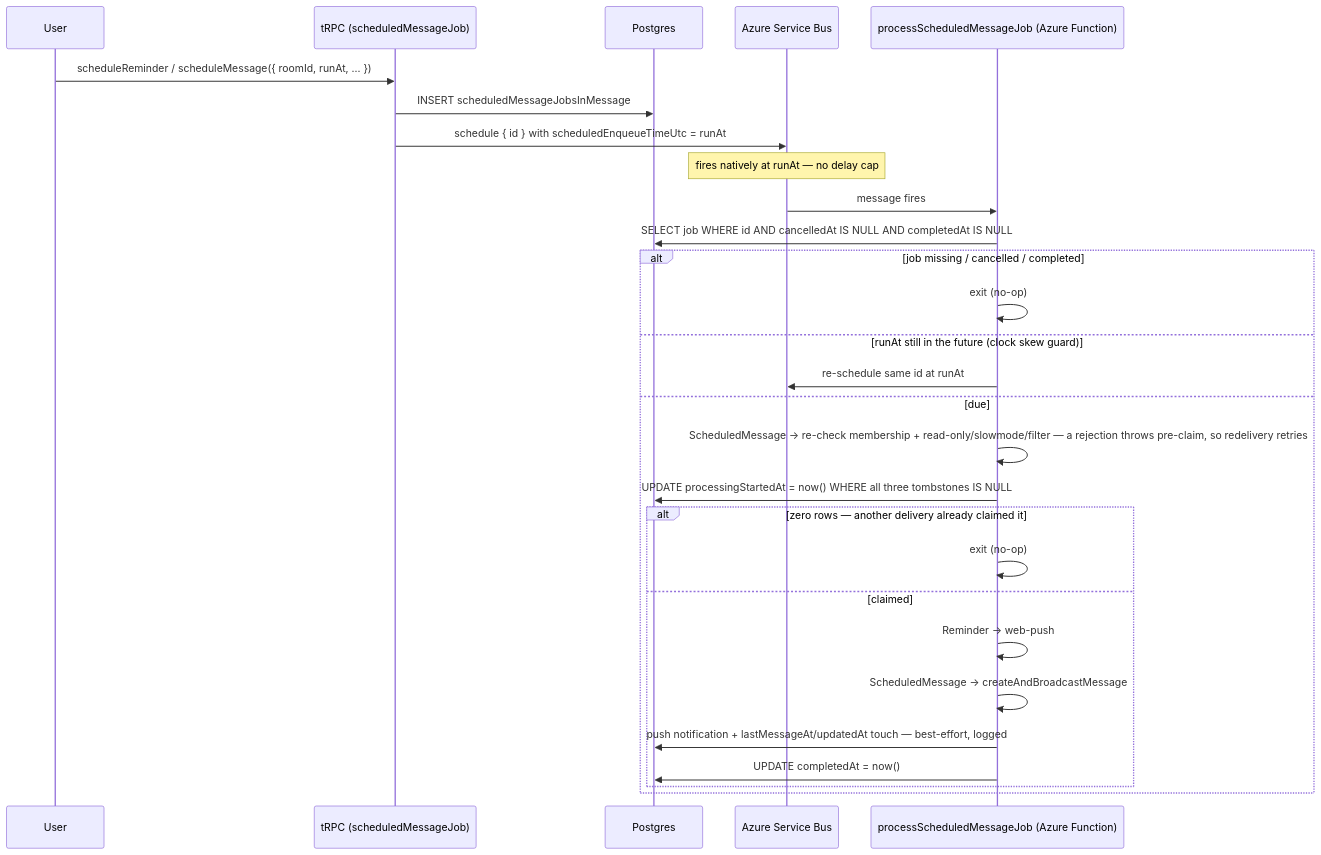
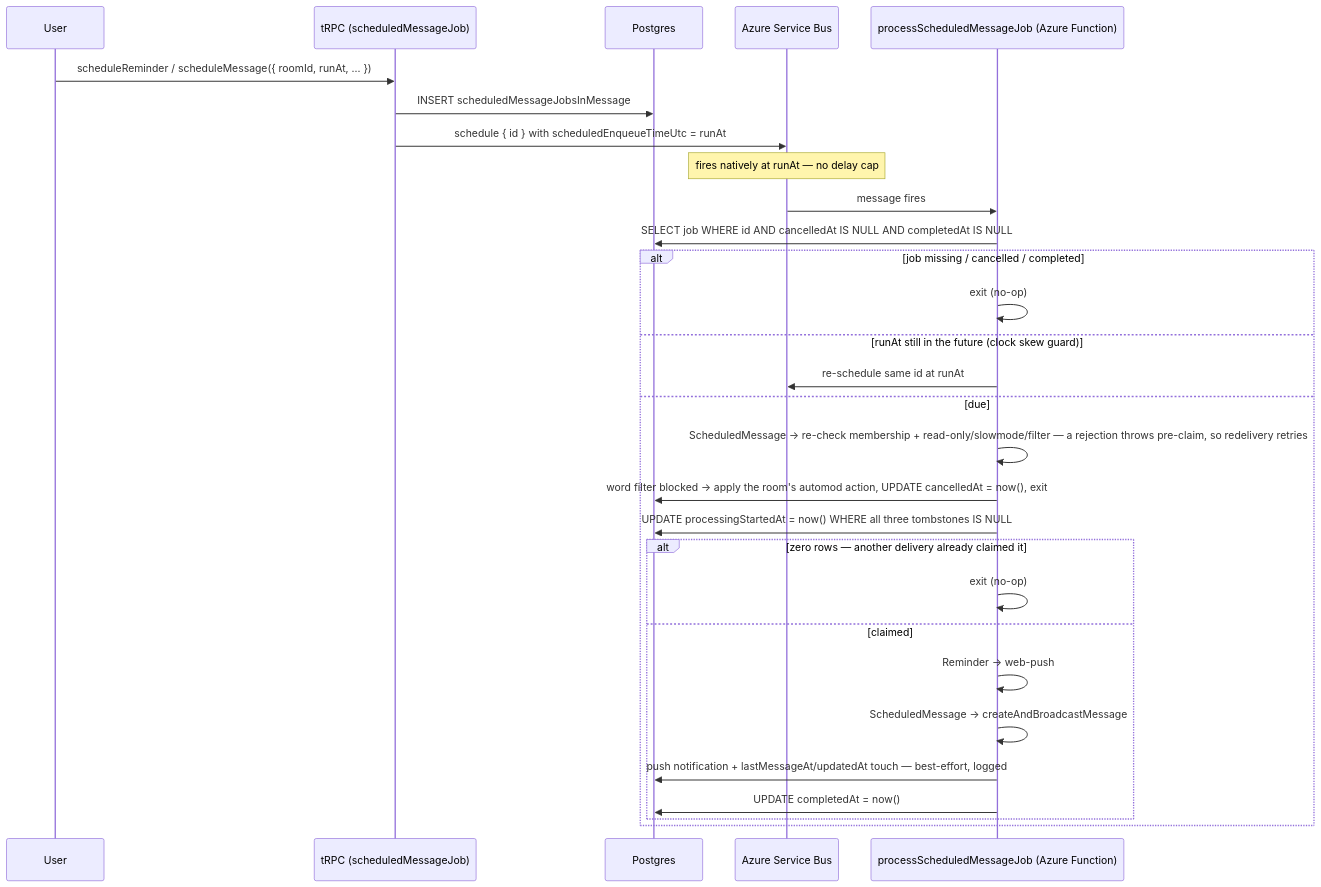
One commit to Esposter/Esposter changed the diagram in packages/app/content/docs/esbabbler/scheduled-messages.md. Above: the diagram before and after it, drawn with Mermaid. The commit also changed other lines of this file and 33 other files, not shown here.

````diff
--- a/packages/app/content/docs/esbabbler/scheduled-messages.md
+++ b/packages/app/content/docs/esbabbler/scheduled-messages.md
@@ -12,32 +12,33 @@
 ```mermaid
 sequenceDiagram
     participant U as User
     participant T as tRPC (scheduledMessageJob)
     participant DB as Postgres
     participant Q as Azure Service Bus
     participant F as processScheduledMessageJob (Azure Function)
 
     U->>T: scheduleReminder / scheduleMessage({ roomId, runAt, … })
     T->>DB: INSERT scheduledMessageJobsInMessage
     T->>Q: schedule { id } with scheduledEnqueueTimeUtc = runAt
     Note over Q: fires natively at runAt — no delay cap
 
     Q->>F: message fires
     F->>DB: SELECT job WHERE id AND cancelledAt IS NULL AND completedAt IS NULL
     alt job missing / cancelled / completed
         F->>F: exit (no-op)
     else runAt still in the future (clock skew guard)
         F->>Q: re-schedule same id at runAt
     else due
         F->>F: ScheduledMessage → re-check membership + read-only/slowmode/filter — a rejection throws pre-claim, so redelivery retries
+        F->>DB: word filter blocked → apply the room's automod action, UPDATE cancelledAt = now(), exit
         F->>DB: UPDATE processingStartedAt = now() WHERE all three tombstones IS NULL
         alt zero rows — another delivery already claimed it
             F->>F: exit (no-op)
         else claimed
             F->>F: Reminder → web-push
             F->>F: ScheduledMessage → createAndBroadcastMessage
             F->>DB: push notification + lastMessageAt/updatedAt touch — best-effort, logged
             F->>DB: UPDATE completedAt = now()
         end
     end
 ```
````
